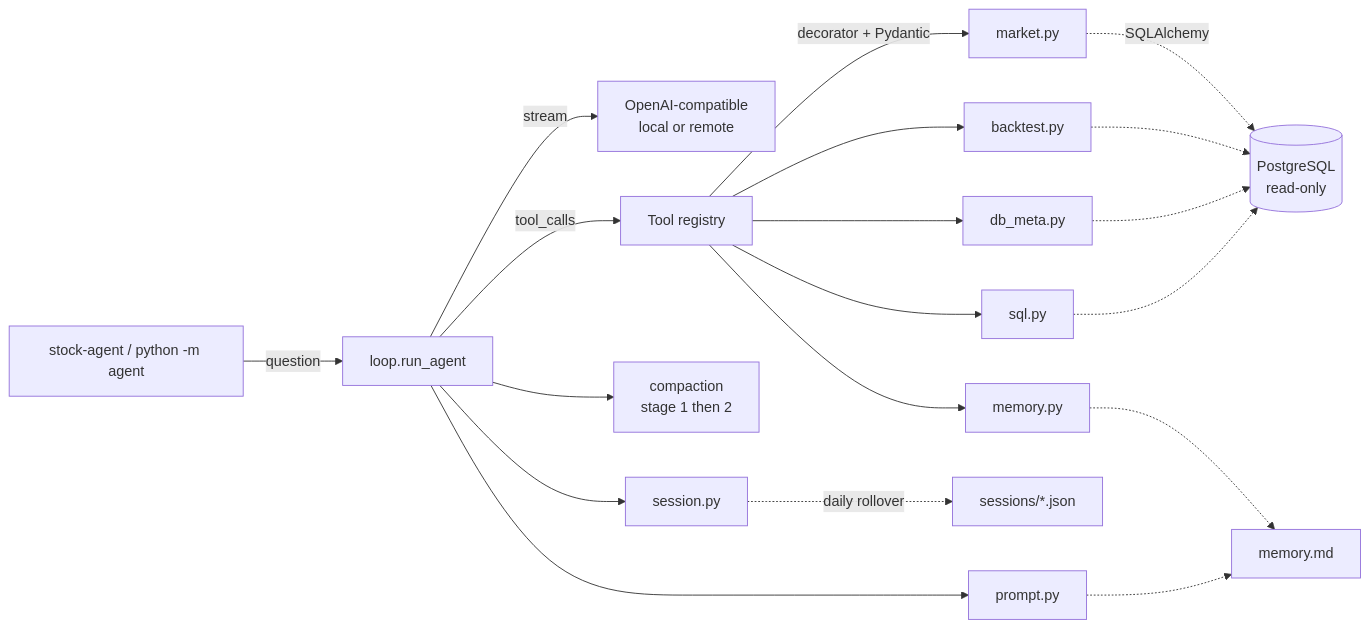
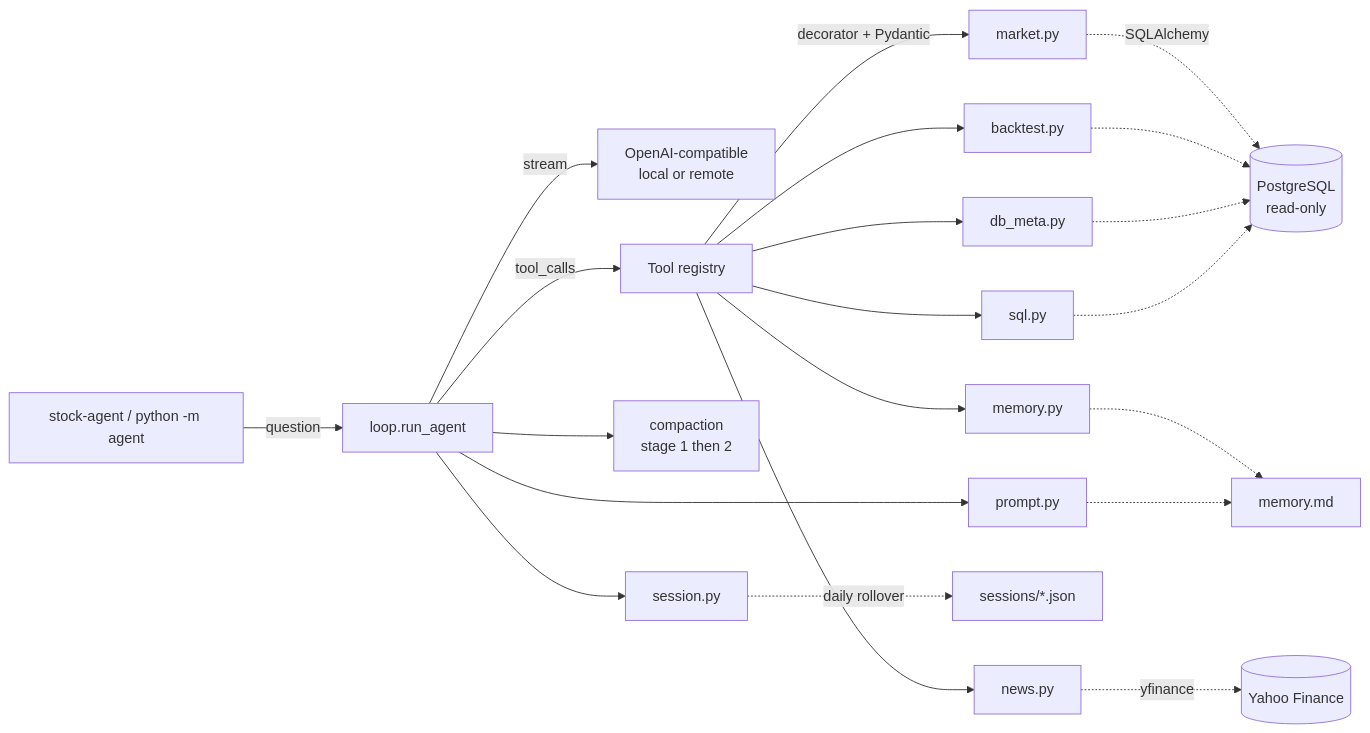
Before and after one commit to nsuderman/Stock-Agent: the diagram in README.md, drawn with Mermaid. The commit also changed other lines of this file and 6 other files, not shown here.

First line of the commit message:
feat(tools): add get_stock_news for Yahoo Finance headlines

````diff
--- a/README.md
+++ b/README.md
@@ -48,21 +49,23 @@
 ```mermaid
 flowchart LR
     CLI[stock-agent / python -m agent] -->|question| Loop[loop.run_agent]
     Loop -->|stream| LLM[OpenAI-compatible<br/>local or remote]
     Loop -->|tool_calls| Tools[Tool registry]
     Tools -->|decorator + Pydantic| Market[market.py]
     Tools --> Backtest[backtest.py]
     Tools --> DBMeta[db_meta.py]
     Tools --> Memory[memory.py]
     Tools --> Sql[sql.py]
+    Tools --> News[news.py]
     Market -.->|SQLAlchemy| DB[(PostgreSQL<br/>read-only)]
     Backtest -.-> DB
     DBMeta -.-> DB
     Sql -.-> DB
+    News -.->|yfinance| Yahoo[(Yahoo Finance)]
     Loop --> Compact[compaction<br/>stage 1 then 2]
     Loop --> Session[session.py]
     Session -.->|daily rollover| Fs[sessions/*.json]
     Memory -.-> Md[memory.md]
     Loop --> Prompt[prompt.py]
     Prompt -.-> Md
 ```
````
